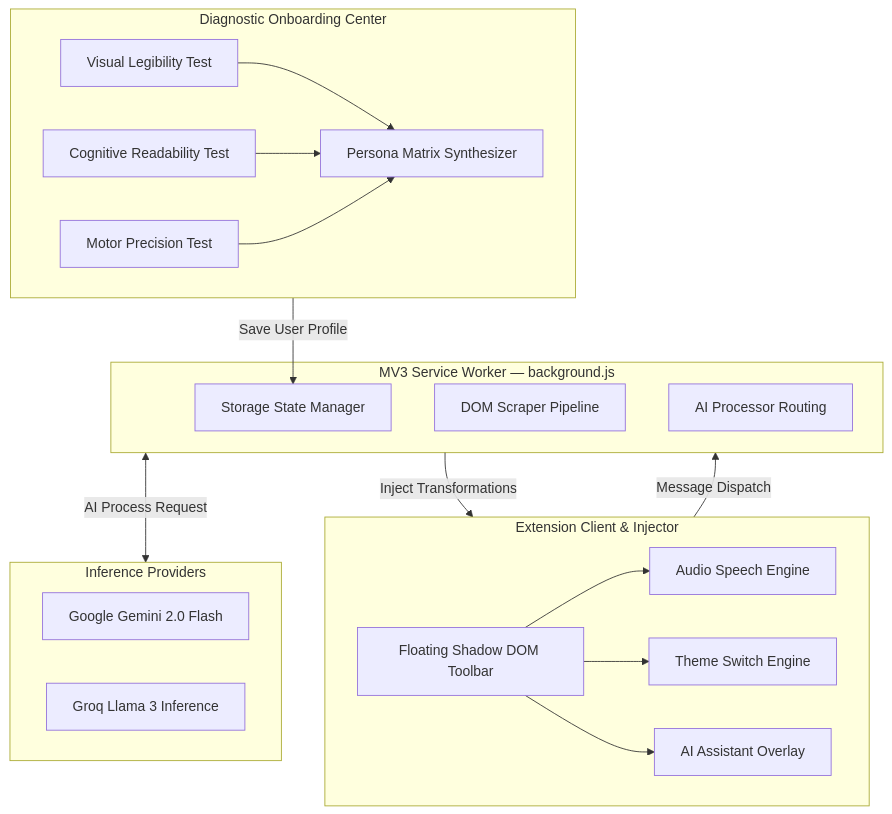
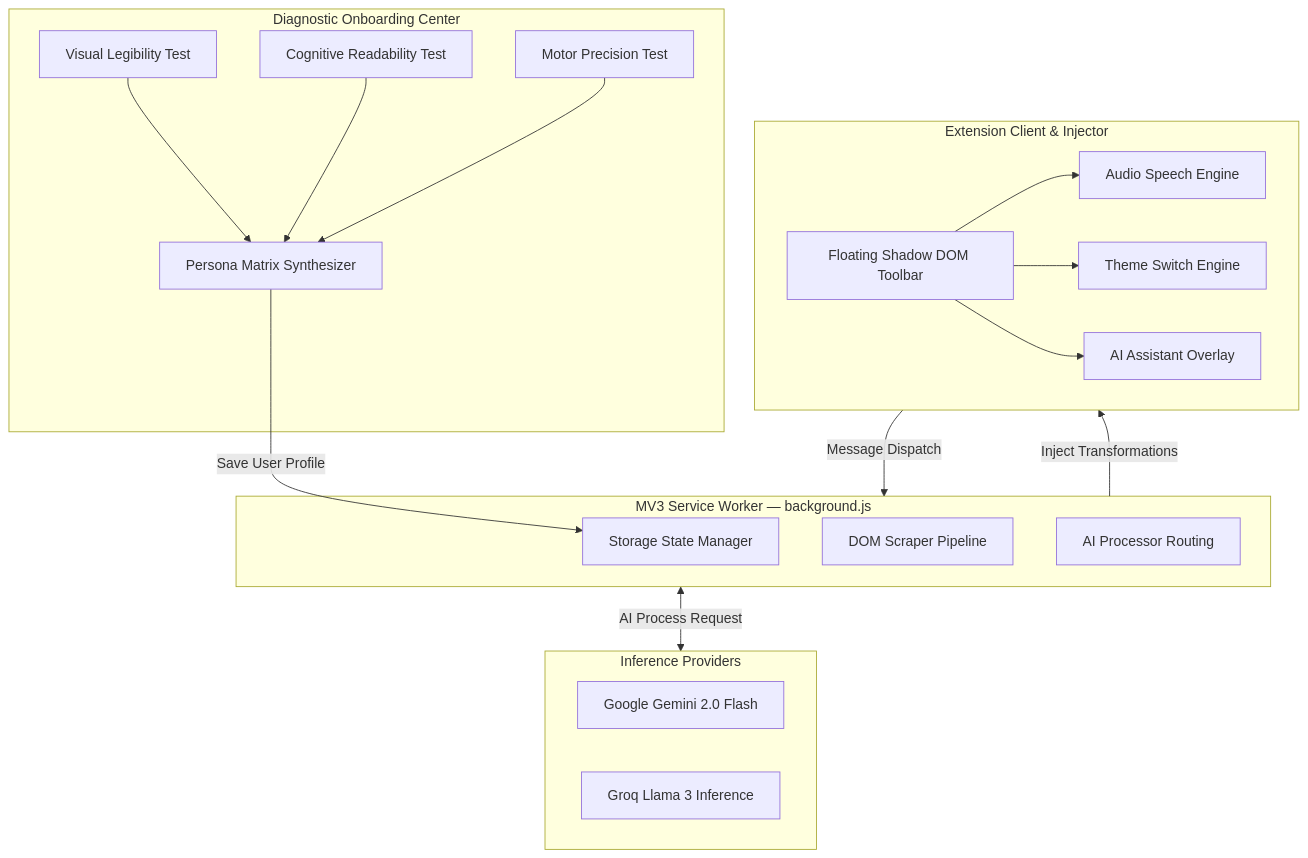
Before and after one commit to ArrinPaul/AdaptAI: the first of 3 diagrams in README.md, drawn with Mermaid. The commit also changed other lines of this file, not shown here.

Commit message:
fix(docs): resolve Mermaid syntax rendering errors and replace image badges with standard markdown tags in README.md

````diff
--- a/README.md
+++ b/README.md
@@ -44,31 +39,30 @@
 ```mermaid
 graph TB
     subgraph EXTENSION_CLIENT["Extension Client & Injector"]
-        A[Floating Shadow DOM Toolbar] --> B[Audio Speech Engine]
-        A --> C[Theme Switch Engine]
-        A --> D[AI Assistant Overlay]
+        A["Floating Shadow DOM Toolbar"] --> B["Audio Speech Engine"]
+        A --> C["Theme Switch Engine"]
+        A --> D["AI Assistant Overlay"]
     end
 
     subgraph ONBOARDING["Diagnostic Onboarding Center"]
-        E[Visual Legibility Test]
-        F[Cognitive Readability Test]
-        G[Motor Precision Test]
-        E & F & G --> H[Persona Matrix Synthesizer]
+        E["Visual Legibility Test"] --> H["Persona Matrix Synthesizer"]
+        F["Cognitive Readability Test"] --> H
+        G["Motor Precision Test"] --> H
     end
 
     subgraph BACKGROUND["MV3 Service Worker — background.js"]
-        I[Storage State Manager]
-        J[DOM Scraper Pipeline]
-        K[AI Processor Routing]
+        I["Storage State Manager"]
+        J["DOM Scraper Pipeline"]
+        K["AI Processor Routing"]
     end
 
     subgraph AI_SERVICES["Inference Providers"]
-        L[Google Gemini 2.0 Flash]
-        M[Groq Llama 3 Inference]
+        L["Google Gemini 2.0 Flash"]
+        M["Groq Llama 3 Inference"]
     end
 
-    ONBOARDING -->|Save User Profile| I
+    H -->|Save User Profile| I
     EXTENSION_CLIENT -->|Message Dispatch| BACKGROUND
     BACKGROUND <-->|AI Process Request| AI_SERVICES
     BACKGROUND -->|Inject Transformations| EXTENSION_CLIENT
 ```
````
